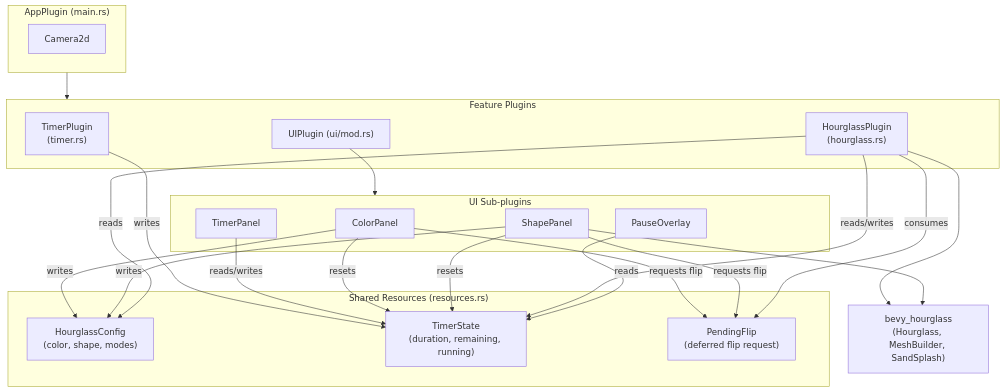
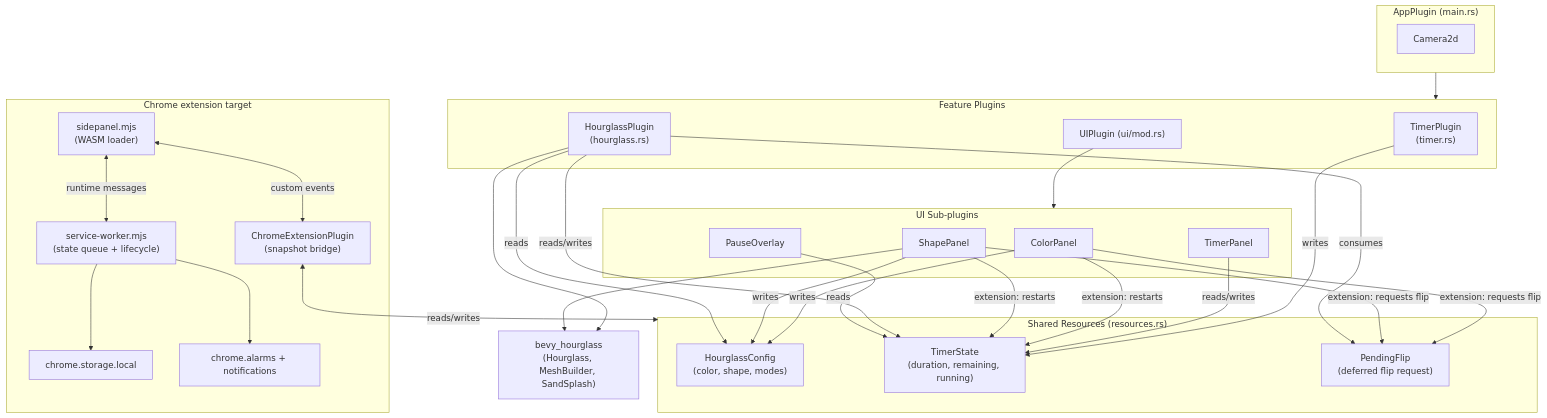
One commit to mikeplavsky/Hourglass-Timer changed the diagram in wiki/architecture/overview.md. Above: the diagram before and after it, drawn with Mermaid. The commit also changed other lines of this file and 25 other files, not shown here.

````diff
--- a/wiki/architecture/overview.md
+++ b/wiki/architecture/overview.md
@@ -11,45 +11,58 @@
 ```mermaid
 graph TD
     subgraph App["AppPlugin (main.rs)"]
         Cam["Camera2d"]
     end
 
     subgraph Resources["Shared Resources (resources.rs)"]
         Cfg["HourglassConfig<br/>(color, shape, modes)"]
         TS["TimerState<br/>(duration, remaining, running)"]
         PF["PendingFlip<br/>(deferred flip request)"]
     end
 
     subgraph Plugins["Feature Plugins"]
         Timer["TimerPlugin<br/>(timer.rs)"]
         HG["HourglassPlugin<br/>(hourglass.rs)"]
         UI["UIPlugin (ui/mod.rs)"]
     end
 
     subgraph UISub["UI Sub-plugins"]
         Color["ColorPanel"]
         Shape["ShapePanel"]
         TPanel["TimerPanel"]
         Pause["PauseOverlay"]
     end
 
+    subgraph ChromeExt["Chrome extension target"]
+        Loader["sidepanel.mjs<br/>(WASM loader)"]
+        Bridge["ChromeExtensionPlugin<br/>(snapshot bridge)"]
+        Worker["service-worker.mjs<br/>(state queue + lifecycle)"]
+        Storage["chrome.storage.local"]
+        Alarm["chrome.alarms + notifications"]
+    end
+
     Ext["bevy_hourglass<br/>(Hourglass, MeshBuilder, SandSplash)"]
 
     App --> Plugins
     UI --> UISub
 
     Timer -->|writes| TS
     TPanel -->|reads/writes| TS
     Color -->|writes| Cfg
-    Color -->|resets| TS
-    Color -->|requests flip| PF
+    Color -->|extension: restarts| TS
+    Color -->|extension: requests flip| PF
     Shape -->|writes| Cfg
-    Shape -->|resets| TS
-    Shape -->|requests flip| PF
+    Shape -->|extension: restarts| TS
+    Shape -->|extension: requests flip| PF
     HG -->|reads| Cfg
     HG -->|reads/writes| TS
     HG -->|consumes| PF
     Pause -->|reads| TS
     HG --> Ext
     Shape --> Ext
+    Loader <-->|runtime messages| Worker
+    Loader <-->|custom events| Bridge
+    Bridge <-->|reads/writes| Resources
+    Worker --> Storage
+    Worker --> Alarm
 ```
````
